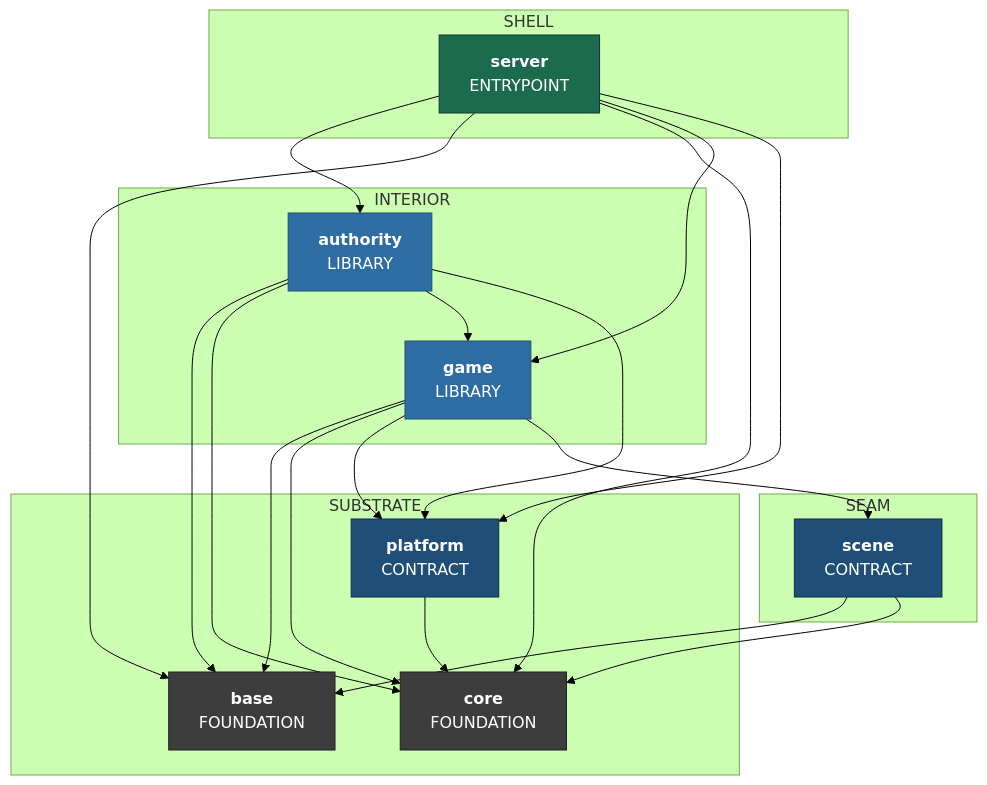
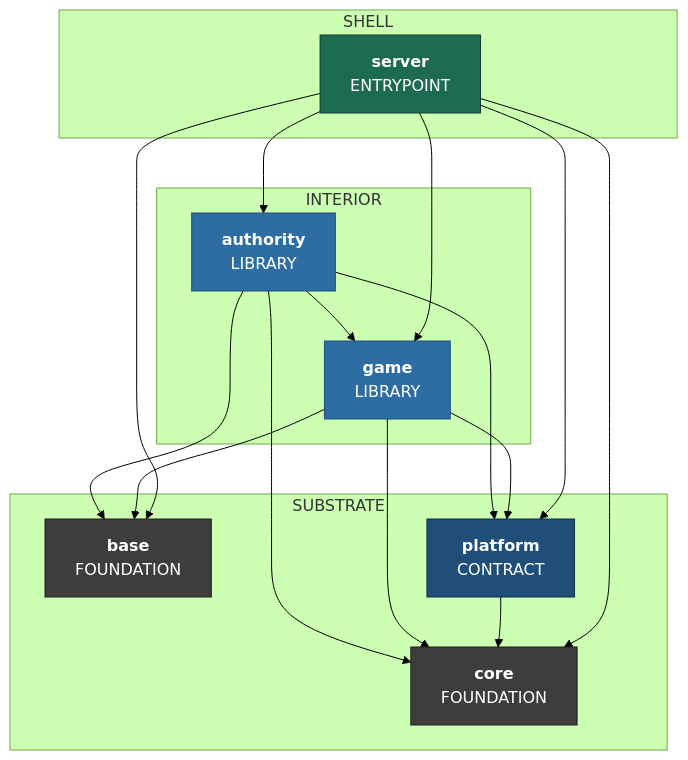
The sixth of 7 diagrams in docs/superpowers/specs/2026-08-01-sovereign-headless-client-design.md (apnex/OpenStarbound), drawn with Mermaid (forest theme) before and after one commit. The commit also changed other lines of this file and 1 other file, not shown here.

````diff
--- a/docs/superpowers/specs/2026-08-01-sovereign-headless-client-design.md
+++ b/docs/superpowers/specs/2026-08-01-sovereign-headless-client-design.md
@@ -1111,44 +1143,38 @@
 ```mermaid
 %% composition: server
 flowchart TD
   subgraph Z_SUBSTRATE ["SUBSTRATE"]
     base["<b>base</b><br/>FOUNDATION"]
     core["<b>core</b><br/>FOUNDATION"]
     platform["<b>platform</b><br/>CONTRACT"]
-  end
-  subgraph Z_SEAM ["SEAM"]
-    scene["<b>scene</b><br/>CONTRACT"]
   end
   subgraph Z_INTERIOR ["INTERIOR"]
     authority["<b>authority</b><br/>LIBRARY"]
     game["<b>game</b><br/>LIBRARY"]
   end
   subgraph Z_SHELL ["SHELL"]
     server["<b>server</b><br/>ENTRYPOINT"]
   end
   authority --> base
   authority --> core
   authority --> game
   authority --> platform
   game --> base
   game --> core
   game --> platform
-  game --> scene
   platform --> core
-  scene --> base
-  scene --> core
   server --> authority
   server --> base
   server --> core
   server --> game
   server --> platform
   classDef kFoundation fill:#3d3d3d,stroke:#1f1f1f,color:#fff
   classDef kContract fill:#1f4e79,stroke:#0f2d46,color:#fff
   classDef kBackend fill:#7a3e9d,stroke:#4d2763,color:#fff
   classDef kLibrary fill:#2e6da4,stroke:#1f4e79,color:#fff
   classDef kEntrypoint fill:#1d6b4f,stroke:#0e3a2a,color:#fff
   class base,core kFoundation
-  class platform,scene kContract
+  class platform kContract
   class authority,game kLibrary
   class server kEntrypoint
 ```
````
